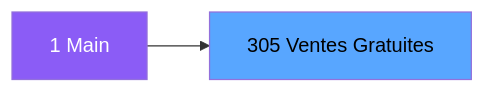
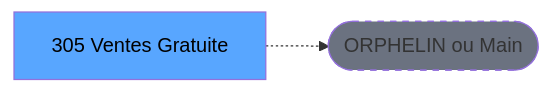
One commit to thonyAGP/lecteur-magic changed the second of 3 diagrams in .openspec/specs/ADH-IDE-305.md. Above: the diagram before and after it, drawn with Mermaid. The commit also changed other lines of this file and 701 other files, not shown here.

````diff
--- a/.openspec/specs/ADH-IDE-305.md
+++ b/.openspec/specs/ADH-IDE-305.md
@@ -129,8 +136,8 @@
 ```mermaid
 graph LR
-    M[1 Main]
-    T[305 Ventes Gratuites]
-    M --> T
-    style M fill:#8b5cf6,color:#fff
+    T[305 Ventes Gratuite]
+    ORPHAN([ORPHELIN ou Main])
+    T -.-> ORPHAN
     style T fill:#58a6ff,color:#000
+    style ORPHAN fill:#6b7280,stroke-dasharray: 5 5
 ```
````
